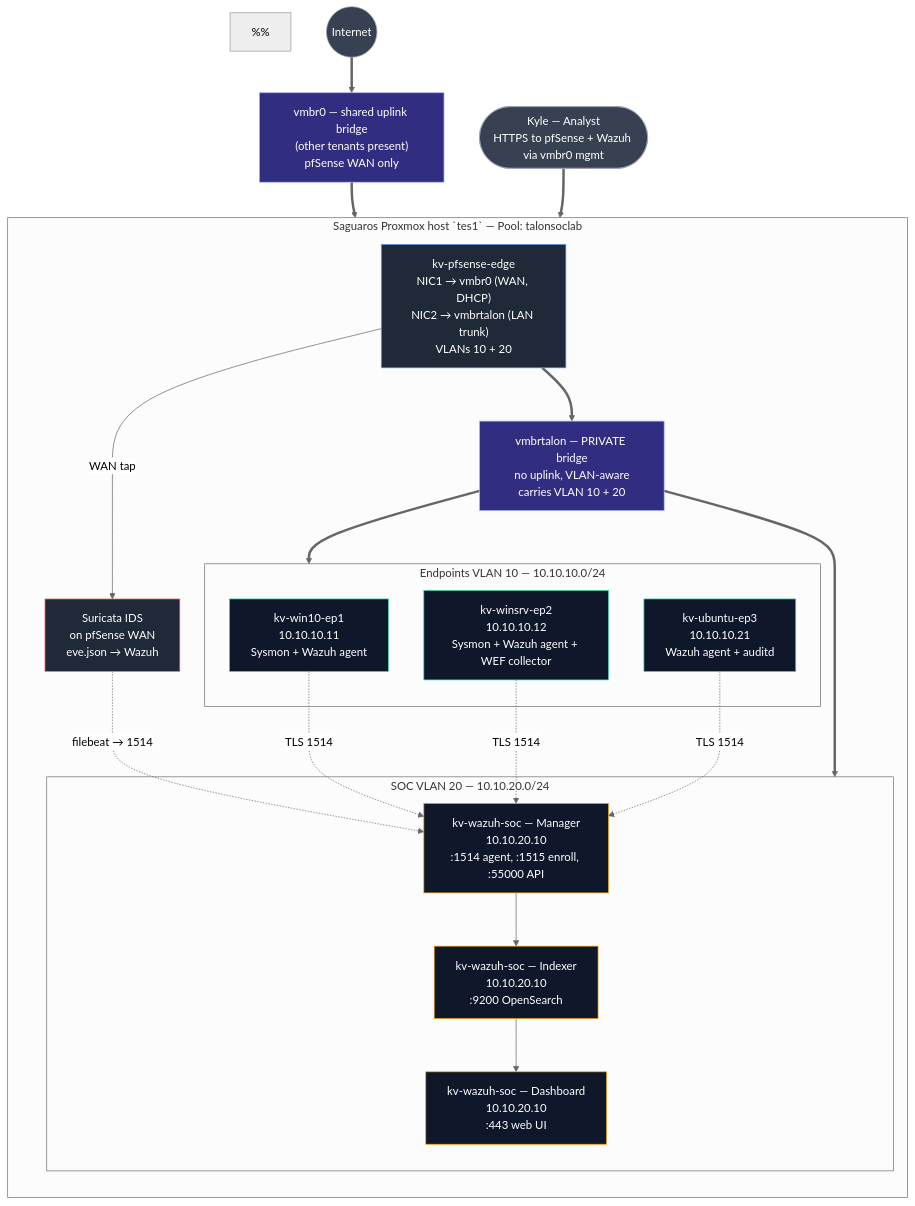
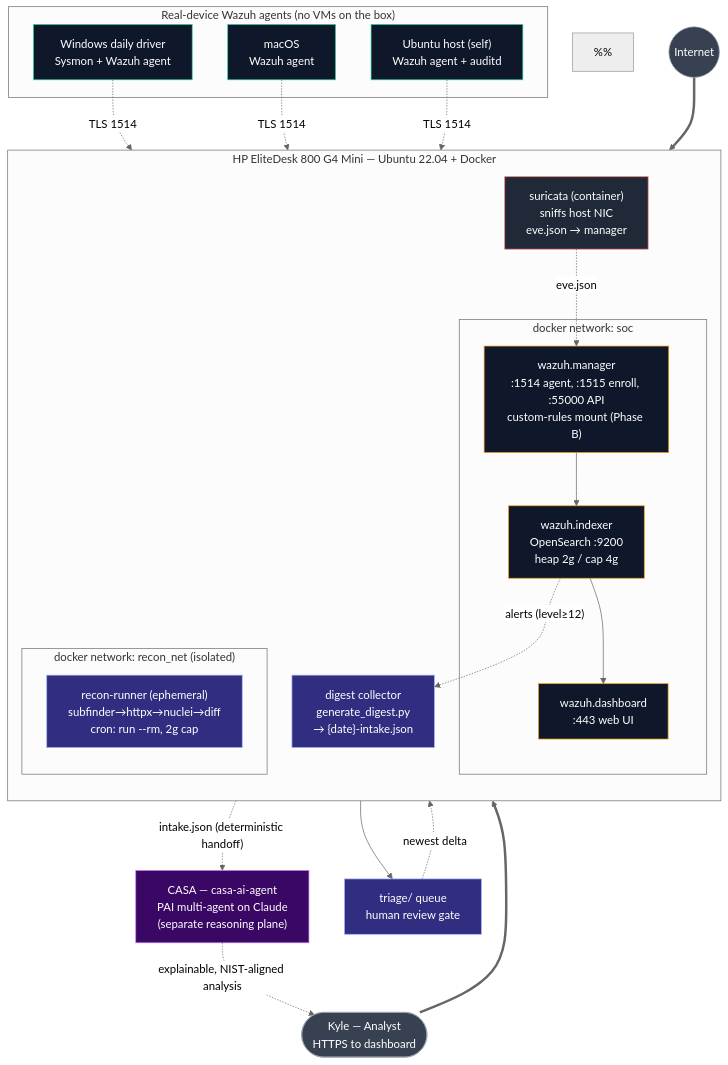
The diagram in phase-a-foundation/architecture.mmd (ktalons/talonsoclab), drawn with Mermaid (neutral theme) before and after one commit. The commit also changed 17 other files, not shown here.

First line of the commit message:
Pivot to docker-compose on owned hardware; split data plane / CASA reasoning plane

```diff
--- a/phase-a-foundation/architecture.mmd
+++ b/phase-a-foundation/architecture.mmd
@@ -1,68 +1,70 @@
 flowchart TB
-%% TalonSocLab — Phase A Foundation SOC Stack
-%% Single source of truth for VM names, VLANs, bridges, and data flow.
-%% Host: shared Saguaros Proxmox node `tes1` — TalonSocLab is tenant-isolated via Pool + private bridge.
+%% TalonSocLab — Phase A Foundation SOC Stack (docker-compose edition)
+%% Single source of truth for the container topology + data flow.
+%% Host: HP EliteDesk 800 G4 Mini (i5-8500T, 16 GB, 256 GB NVMe) — OWNED outright.
+%% Substrate: Ubuntu Server 22.04 LTS bare-metal + Docker (no Proxmox).
 %%
-%% TENANCY ISOLATION (see project-talonsoclab-tenancy memory):
-%%   - All TalonSocLab VMs live in Proxmox Pool `talonsoclab` (ACL scoped to kylev only)
-%%   - All TalonSocLab VMs are prefixed `kv-` and tagged `talonsoclab`
-%%   - `vmbr0`     = SHARED uplink bridge (other tenants on it too) — pfSense WAN ONLY
-%%   - `vmbrtalon` = PRIVATE lab bridge, VLAN-aware, NO physical NIC — all internal VLAN traffic
-%%   - `vmbr1`     = NEIGHBOR TENANT (GOAD-Range) — DO NOT TOUCH
+%% PIVOT NOTE: the original Proxmox/pfSense/VLAN topology is archived under
+%%   phase-a-foundation/archive-proxmox/. This edition trades network realism
+%%   (pfSense, VLANs, Windows endpoint VMs) for portability + detection breadth.
+%% Endpoints are Wazuh agents on REAL devices, not VMs — keeps the 16 GB budget clear.
 
     Internet((Internet))
-    SharedUplink["vmbr0 — shared uplink bridge<br/>(other tenants present)<br/>pfSense WAN only"]
 
-    subgraph Saguaros["Saguaros Proxmox host `tes1` — Pool: talonsoclab"]
+    subgraph Host["HP EliteDesk 800 G4 Mini — Ubuntu 22.04 + Docker"]
         direction TB
 
-        pfSense["kv-pfsense-edge<br/>NIC1 → vmbr0 (WAN, DHCP)<br/>NIC2 → vmbrtalon (LAN trunk)<br/>VLANs 10 + 20"]
-
-        TalonBridge["vmbrtalon — PRIVATE bridge<br/>no uplink, VLAN-aware<br/>carries VLAN 10 + 20"]
-
-        subgraph Endpoints["Endpoints VLAN 10 — 10.10.10.0/24"]
-            Win10["kv-win10-ep1<br/>10.10.10.11<br/>Sysmon + Wazuh agent"]
-            WinSrv["kv-winsrv-ep2<br/>10.10.10.12<br/>Sysmon + Wazuh agent + WEF collector"]
-            Ubuntu["kv-ubuntu-ep3<br/>10.10.10.21<br/>Wazuh agent + auditd"]
+        subgraph SocNet["docker network: soc"]
+            Indexer["wazuh.indexer<br/>OpenSearch :9200<br/>heap 2g / cap 4g"]
+            Manager["wazuh.manager<br/>:1514 agent, :1515 enroll, :55000 API<br/>custom-rules mount (Phase B)"]
+            Dashboard["wazuh.dashboard<br/>:443 web UI"]
         end
 
-        subgraph SOC["SOC VLAN 20 — 10.10.20.0/24"]
-            WazuhMgr["kv-wazuh-soc — Manager<br/>10.10.20.10<br/>:1514 agent, :1515 enroll, :55000 API"]
-            WazuhIdx["kv-wazuh-soc — Indexer<br/>10.10.20.10<br/>:9200 OpenSearch"]
-            WazuhDash["kv-wazuh-soc — Dashboard<br/>10.10.20.10<br/>:443 web UI"]
+        Suricata["suricata (container)<br/>sniffs host NIC<br/>eve.json → manager"]
+
+        subgraph ReconNet["docker network: recon_net (isolated)"]
+            Recon["recon-runner (ephemeral)<br/>subfinder→httpx→nuclei→diff<br/>cron: run --rm, 2g cap"]
         end
 
-        Suricata["Suricata IDS<br/>on pfSense WAN<br/>eve.json → Wazuh"]
+        Digest["digest collector<br/>generate_digest.py<br/>→ {date}-intake.json"]
     end
 
-    Analyst(["Kyle — Analyst<br/>HTTPS to pfSense + Wazuh via vmbr0 mgmt"])
+    subgraph Endpoints["Real-device Wazuh agents (no VMs on the box)"]
+        Win["Windows daily driver<br/>Sysmon + Wazuh agent"]
+        Mac["macOS<br/>Wazuh agent"]
+        UbuntuHost["Ubuntu host (self)<br/>Wazuh agent + auditd"]
+    end
 
-    Internet ==> SharedUplink
-    SharedUplink ==> pfSense
-    pfSense -- "WAN tap" --> Suricata
-    pfSense ==> TalonBridge
-    TalonBridge ==> Endpoints
-    TalonBridge ==> SOC
+    Analyst(["Kyle — Analyst<br/>HTTPS to dashboard"])
+    CASA["CASA — casa-ai-agent<br/>PAI multi-agent on Claude<br/>(separate reasoning plane)"]
+    Triage["triage/ queue<br/>human review gate"]
 
-    Win10  -. "TLS 1514" .-> WazuhMgr
-    WinSrv -. "TLS 1514" .-> WazuhMgr
-    Ubuntu -. "TLS 1514" .-> WazuhMgr
-    Suricata -. "filebeat → 1514" .-> WazuhMgr
+    Internet ==> Host
+    Win  -. "TLS 1514" .-> Manager
+    Mac  -. "TLS 1514" .-> Manager
+    UbuntuHost -. "TLS 1514" .-> Manager
+    Suricata -. "eve.json" .-> Manager
 
-    WazuhMgr --> WazuhIdx
-    WazuhIdx --> WazuhDash
-    Analyst ==> WazuhDash
+    Manager --> Indexer
+    Indexer --> Dashboard
+    Analyst ==> Dashboard
 
-    classDef edge fill:#1f2937,stroke:#60a5fa,color:#fff
-    classDef ep fill:#0f172a,stroke:#34d399,color:#fff
+    Recon --> Triage
+    Indexer -. "alerts (level≥12)" .-> Digest
+    Triage  -. "newest delta" .-> Digest
+    Digest -. "intake.json (deterministic handoff)" .-> CASA
+    CASA -. "explainable, NIST-aligned analysis" .-> Analyst
+
     classDef soc fill:#0f172a,stroke:#f59e0b,color:#fff
     classDef ids fill:#1f2937,stroke:#f87171,color:#fff
+    classDef ep fill:#0f172a,stroke:#34d399,color:#fff
     classDef ext fill:#374151,stroke:#9ca3af,color:#fff
-    classDef bridge fill:#312e81,stroke:#a5b4fc,color:#fff
+    classDef recon fill:#312e81,stroke:#a5b4fc,color:#fff
+    classDef casa fill:#3b0764,stroke:#c084fc,color:#fff
 
-    class pfSense edge
-    class Win10,WinSrv,Ubuntu ep
-    class WazuhMgr,WazuhIdx,WazuhDash soc
+    class Indexer,Manager,Dashboard soc
     class Suricata ids
+    class Win,Mac,UbuntuHost ep
     class Internet,Analyst ext
-    class SharedUplink,TalonBridge bridge
+    class Recon,Digest,Triage recon
+    class CASA casa
```
